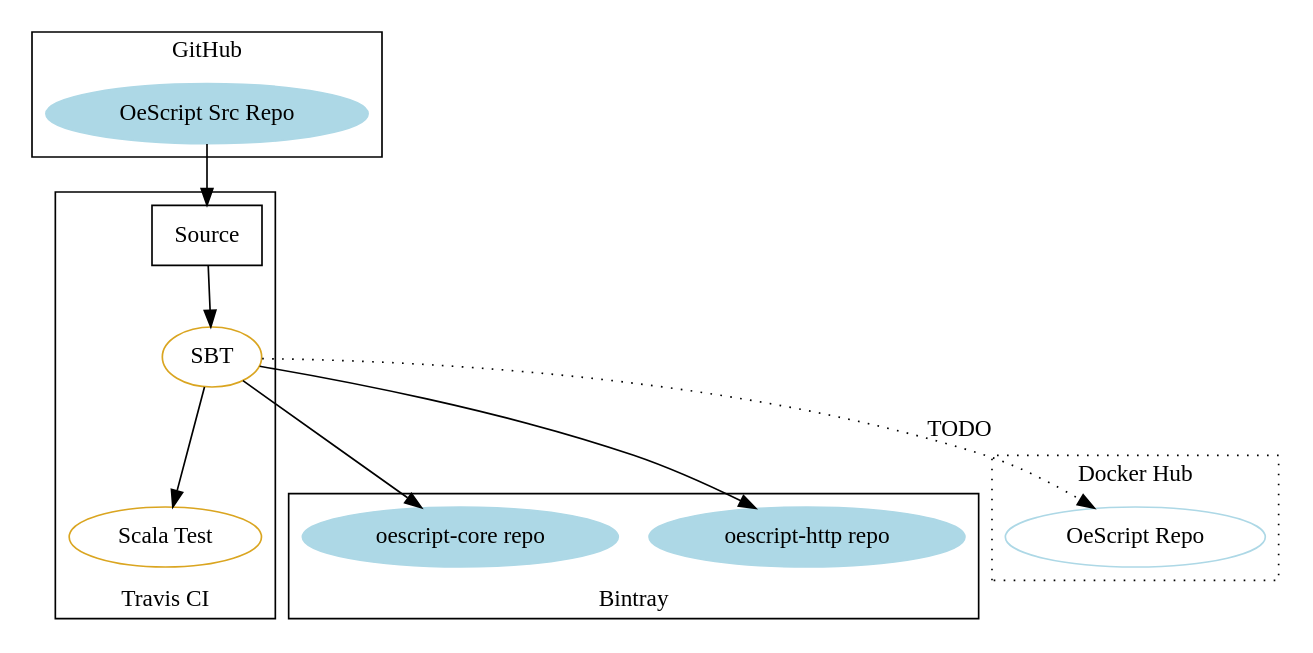
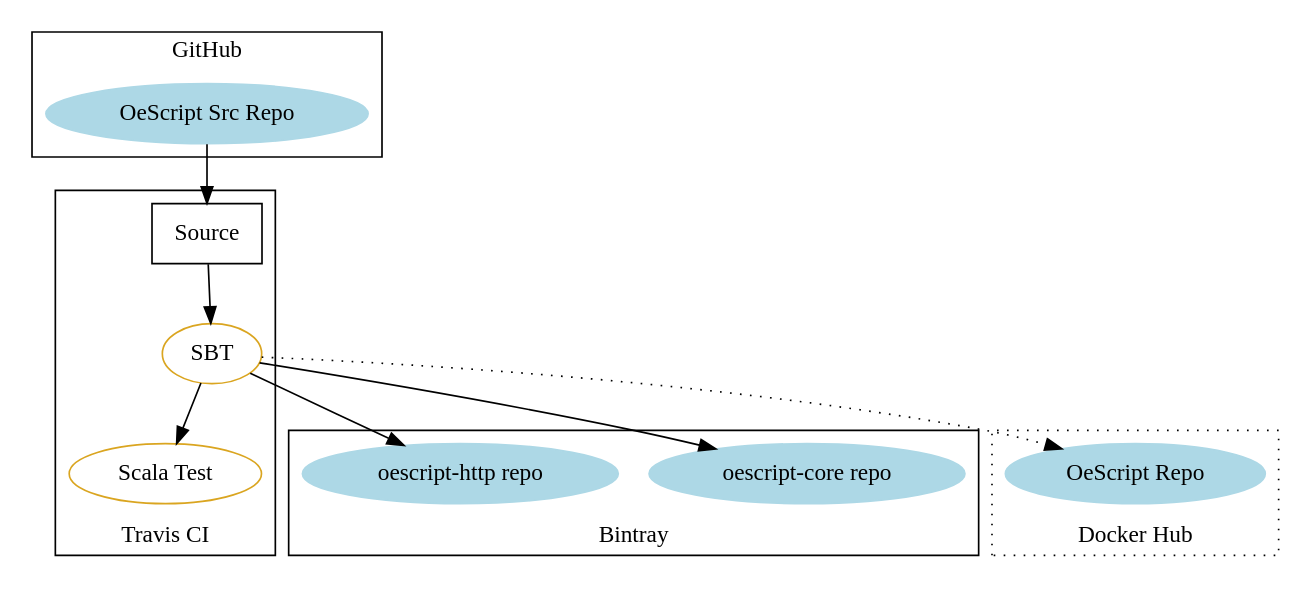
Before and after one commit to perms-redux-org/sample_script: the diagram in docs/diagrams/infrastructure.gv, drawn with Graphviz. The commit also changed 2 other files, not shown here.

```diff
--- a/docs/diagrams/infrastructure.gv
+++ b/docs/diagrams/infrastructure.gv
@@ -1,46 +1,46 @@
 /*
 * @command = neato
 *
 */
 digraph G {
   labelloc="t"
   //label = "OeScript Project"
   //size="8.0,10.5"
   //size="2.7,3"
   //size="7"
   //center=true
   //ratio=compress
   //nodesep=0.2;
   compound=true;
   //rankdir = LR
   subgraph cluster0 {
     labelloc="b"
     label = "Travis CI"
     sbt[label="SBT", shape="oval", color="goldenrod"];
     scalaTest[label="Scala Test", shape="oval", color="goldenrod"];
     source[label="Source", shape="box"];
   }
   subgraph cluster1 {
     labelloc="b"
     label = "Bintray"
     repoCore[label="oescript-core repo", shape="oval", color="lightblue", style="filled"];
     repoHttp[label="oescript-http repo", shape="oval", color="lightblue", style="filled"];
   }
   subgraph cluster2 {
     labelloc="t"
     label = "GitHub"
     srcRepo[label="OeScript Src Repo", shape="oval", color="lightblue", style="filled"];
   }
   subgraph cluster3 {
-    labelloc="t"
+    labelloc="b"
     label = "Docker Hub"
     style = "dotted"
-    dockerRepo[label="OeScript Repo", shape="oval", color="lightblue", style=""];
+    dockerRepo[label="OeScript Repo", shape="oval", color="lightblue", style="filled"];
   }
   srcRepo -> source
   source -> sbt
   sbt -> repoCore
   sbt -> repoHttp
   sbt -> scalaTest
-  sbt -> dockerRepo[style="dotted", label="TODO"]
+  sbt -> dockerRepo[style="dotted"]
 }
```
